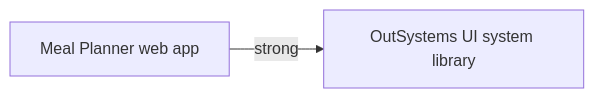
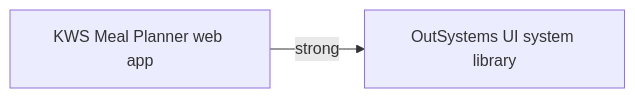
Before and after one commit to kensodemann-projects/meal-planner: the diagram in architecture-odc.md, drawn with Mermaid. The commit also changed other lines of this file and 2 other files, not shown here.

````diff
--- a/architecture-odc.md
+++ b/architecture-odc.md
@@ -68,4 +68,4 @@
 ```mermaid
 flowchart LR
-  MealPlanner["Meal Planner web app"] -->|strong| OutSystemsUI["OutSystems UI system library"]
+  MealPlanner["KWS Meal Planner web app"] -->|strong| OutSystemsUI["OutSystems UI system library"]
 ```
````
